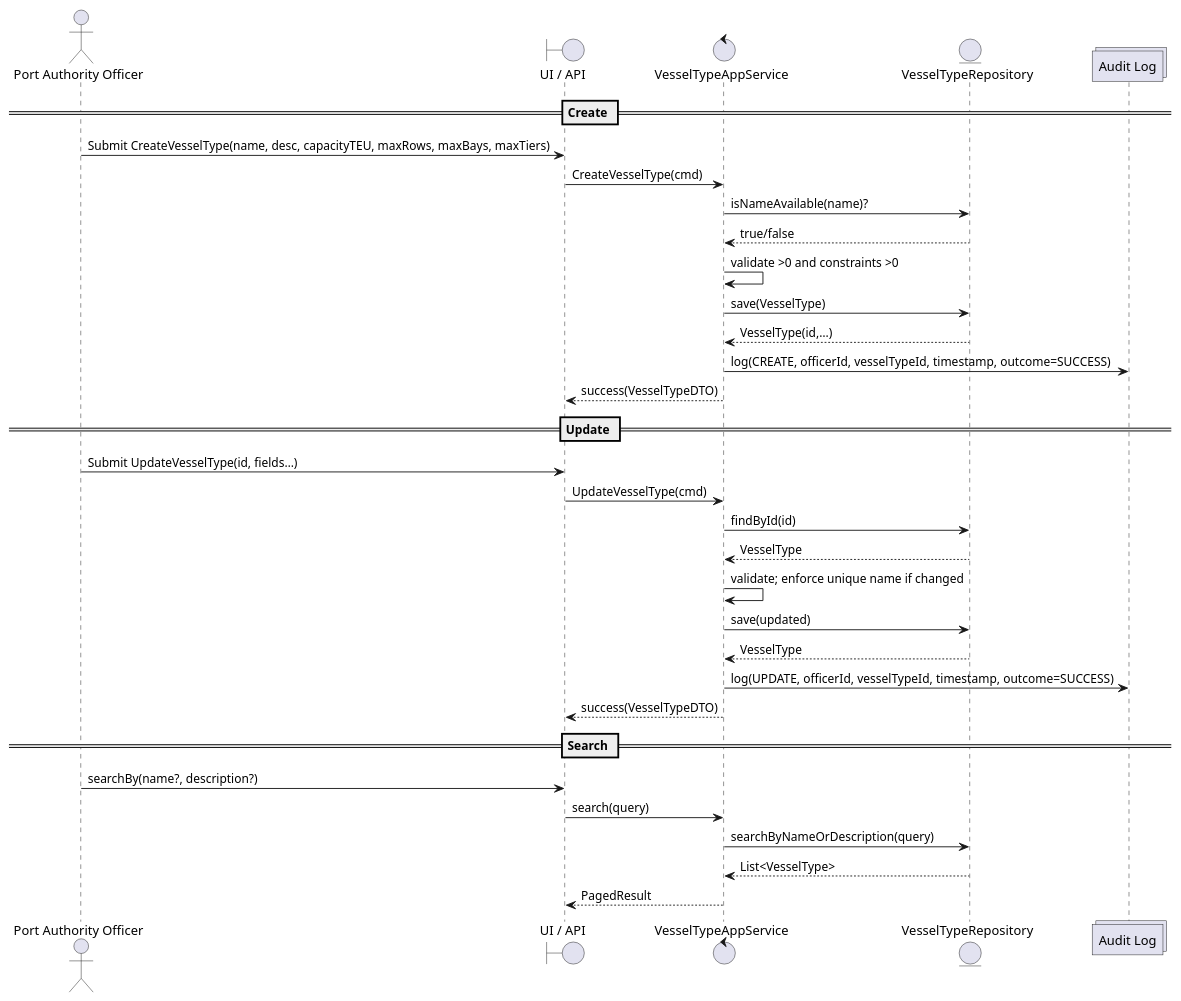
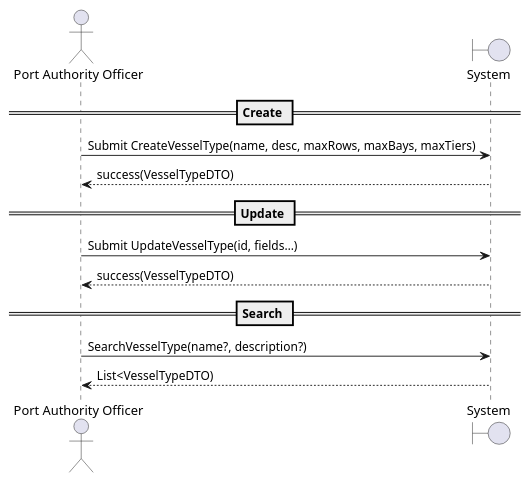
The diagram in docs/planning/Sprint1/Back-end-Module(s)/US-2.2.1/01.requirements-engineering/puml/us2.2.1-sequence-diagram-alternative-1.puml (FranciscoMofreitaSantos/PortLogistics_ISEP), drawn with PlantUML before and after one commit. The commit also changed 13 other files, not shown here.

```diff
--- a/docs/planning/Sprint1/Back-end-Module(s)/US-2.2.1/01.requirements-engineering/puml/us2.2.1-sequence-diagram-alternative-1.puml
+++ b/docs/planning/Sprint1/Back-end-Module(s)/US-2.2.1/01.requirements-engineering/puml/us2.2.1-sequence-diagram-alternative-1.puml
@@ -1,36 +1,16 @@
 @startuml
 actor "Port Authority Officer" as Officer
-boundary "UI / API" as UI
-control "VesselTypeAppService" as App
-entity "VesselTypeRepository" as Repo
-collections "Audit Log" as Audit
+boundary "System" as System
 
 == Create ==
-Officer -> UI : Submit CreateVesselType(name, desc, capacityTEU, maxRows, maxBays, maxTiers)
-UI -> App : CreateVesselType(cmd)
-App -> Repo : isNameAvailable(name)?
-Repo --> App : true/false
-App -> App : validate >0 and constraints >0
-App -> Repo : save(VesselType)
-Repo --> App : VesselType(id,…)
-App -> Audit : log(CREATE, officerId, vesselTypeId, timestamp, outcome=SUCCESS)
-App --> UI : success(VesselTypeDTO)
+Officer -> System : Submit CreateVesselType(name, desc, maxRows, maxBays, maxTiers)
+System --> Officer : success(VesselTypeDTO)
 
 == Update ==
-Officer -> UI : Submit UpdateVesselType(id, fields…)
-UI -> App : UpdateVesselType(cmd)
-App -> Repo : findById(id)
-Repo --> App : VesselType
-App -> App : validate; enforce unique name if changed
-App -> Repo : save(updated)
-Repo --> App : VesselType
-App -> Audit : log(UPDATE, officerId, vesselTypeId, timestamp, outcome=SUCCESS)
-App --> UI : success(VesselTypeDTO)
+Officer -> System : Submit UpdateVesselType(id, fields…)
+System --> Officer : success(VesselTypeDTO)
 
 == Search ==
-Officer -> UI : searchBy(name?, description?)
-UI -> App : search(query)
-App -> Repo : searchByNameOrDescription(query)
-Repo --> App : List<VesselType>
-App --> UI : PagedResult
+Officer -> System : SearchVesselType(name?, description?)
+System --> Officer : List<VesselTypeDTO)
 @enduml
```
